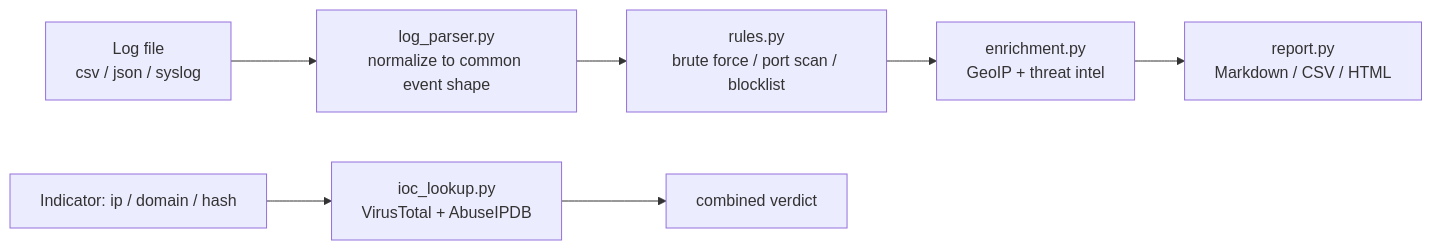
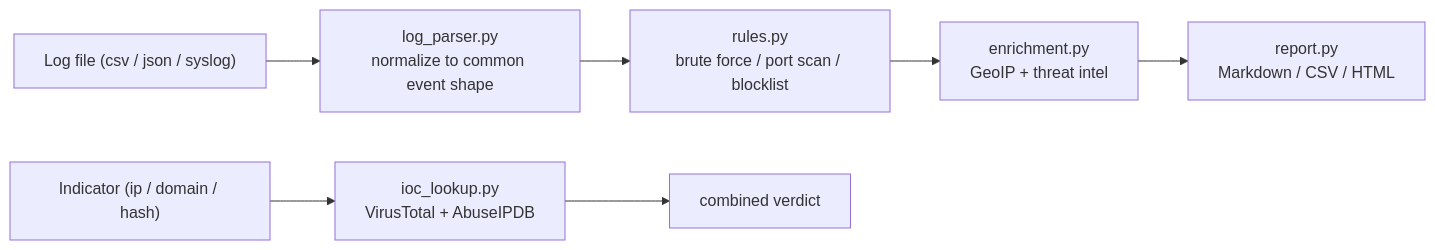
The diagram in README.md (ara-5/soc_automation_toolkit), drawn with Mermaid before and after one commit.

Commit message:
Quote Mermaid node labels to fix GitHub rendering
The unquoted colon in "Indicator: ip / domain / hash" broke GitHub's
Mermaid parser, so the diagram fell back to a plain code block
instead of rendering.

````diff
--- a/README.md
+++ b/README.md
@@ -46,10 +46,10 @@
 ```mermaid
 flowchart LR
-    A[Log file<br/>csv / json / syslog] --> B[log_parser.py<br/>normalize to common event shape]
-    B --> C[rules.py<br/>brute force / port scan / blocklist]
-    C --> D[enrichment.py<br/>GeoIP + threat intel]
-    D --> E[report.py<br/>Markdown / CSV / HTML]
+    A["Log file (csv / json / syslog)"] --> B["log_parser.py<br/>normalize to common event shape"]
+    B --> C["rules.py<br/>brute force / port scan / blocklist"]
+    C --> D["enrichment.py<br/>GeoIP + threat intel"]
+    D --> E["report.py<br/>Markdown / CSV / HTML"]
 
-    F[Indicator: ip / domain / hash] --> G[ioc_lookup.py<br/>VirusTotal + AbuseIPDB]
-    G --> H[combined verdict]
+    F["Indicator (ip / domain / hash)"] --> G["ioc_lookup.py<br/>VirusTotal + AbuseIPDB"]
+    G --> H["combined verdict"]
 ```
````
